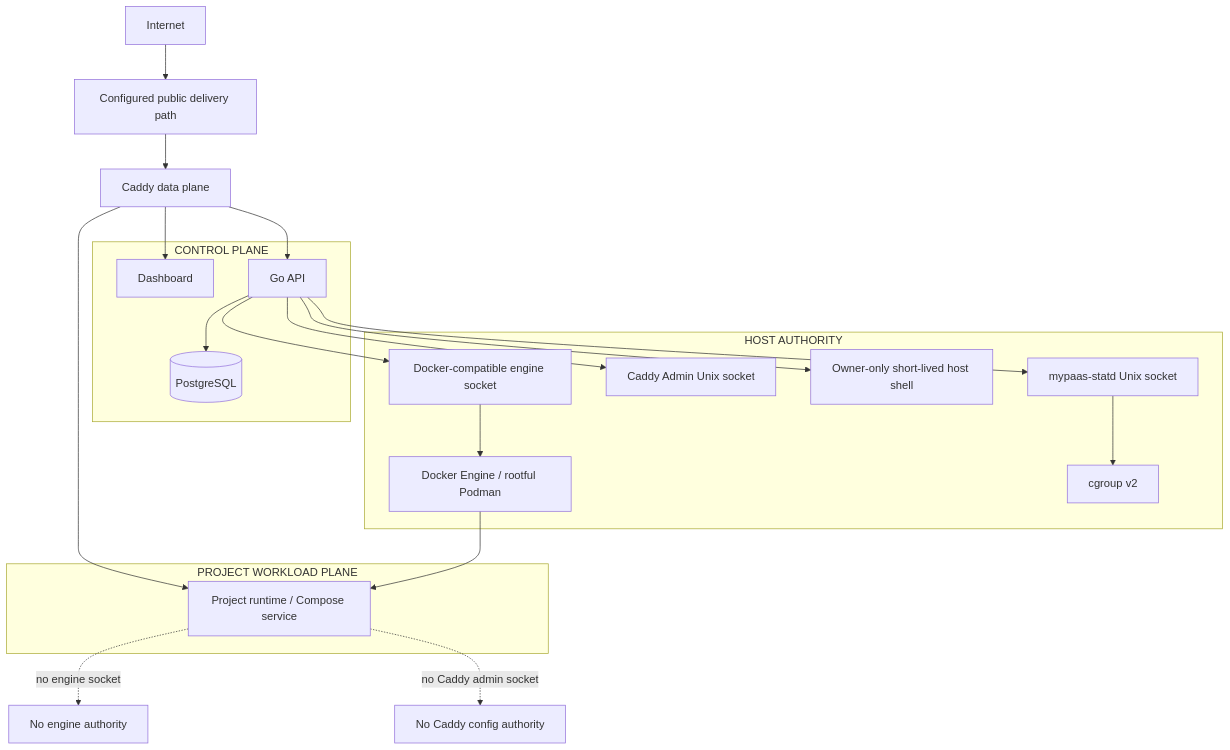
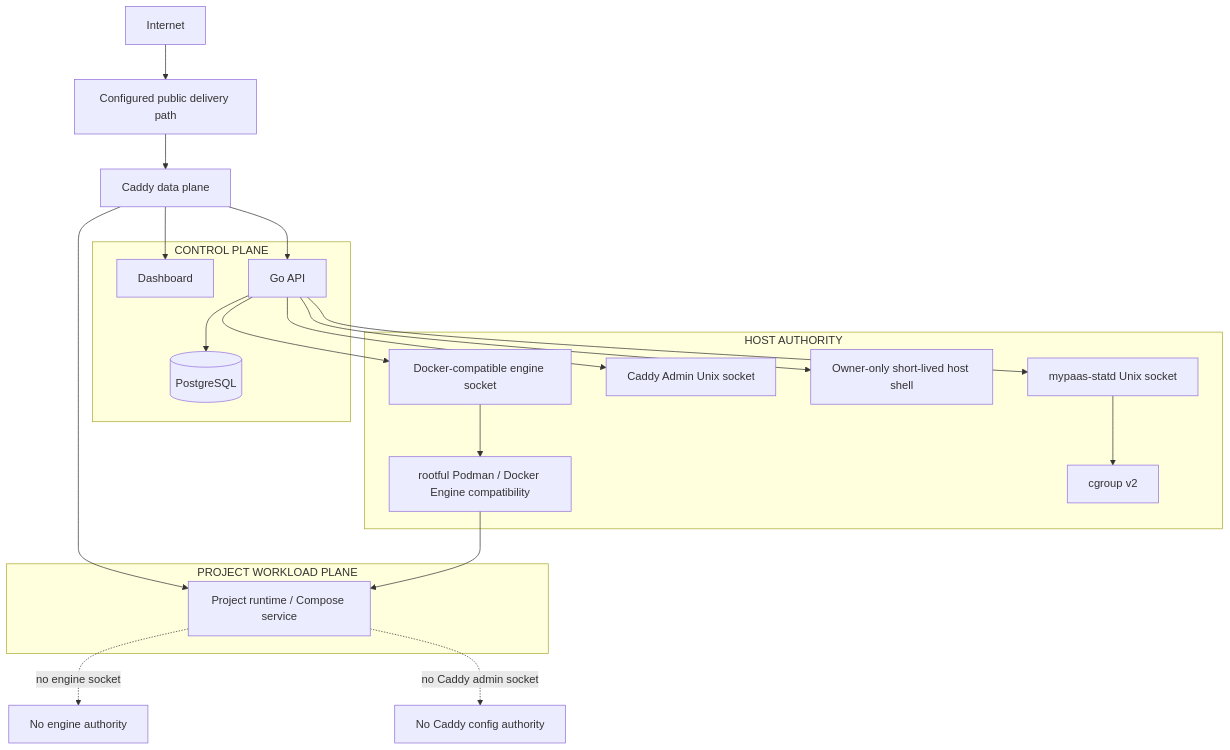
The first of 2 diagrams in docs/SECURITY_BOUNDARIES.md (nabilrn/MyPaas), drawn with Mermaid before and after one commit. The commit also changed other lines of this file and 20 other files, not shown here.

````diff
--- a/docs/SECURITY_BOUNDARIES.md
+++ b/docs/SECURITY_BOUNDARIES.md
@@ -14,37 +13,37 @@
 ```mermaid
 flowchart TB
     Internet["Internet"] --> Delivery["Configured public delivery path"] --> Caddy["Caddy data plane"]
 
     subgraph Control["CONTROL PLANE"]
         Dashboard["Dashboard"]
         API["Go API"]
         DB[("PostgreSQL")]
     end
 
     subgraph Workload["PROJECT WORKLOAD PLANE"]
         Runtime["Project runtime / Compose service"]
     end
 
     subgraph Host["HOST AUTHORITY"]
         EngineSocket["Docker-compatible engine socket"]
-        Engine["Docker Engine / rootful Podman"]
+        Engine["rootful Podman / Docker Engine compatibility"]
         CaddyAdmin["Caddy Admin Unix socket"]
         HostShell["Owner-only short-lived host shell"]
         Statd["mypaas-statd Unix socket"]
         Cgroup["cgroup v2"]
     end
 
     Caddy --> Dashboard
     Caddy --> API
     Caddy --> Runtime
 
     API --> DB
     API --> EngineSocket --> Engine
     API --> CaddyAdmin
     API --> HostShell
     API --> Statd --> Cgroup
     Engine --> Runtime
 
     Runtime -. "no engine socket" .-> Denied1["No engine authority"]
     Runtime -. "no Caddy admin socket" .-> Denied2["No Caddy config authority"]
 ```
````
